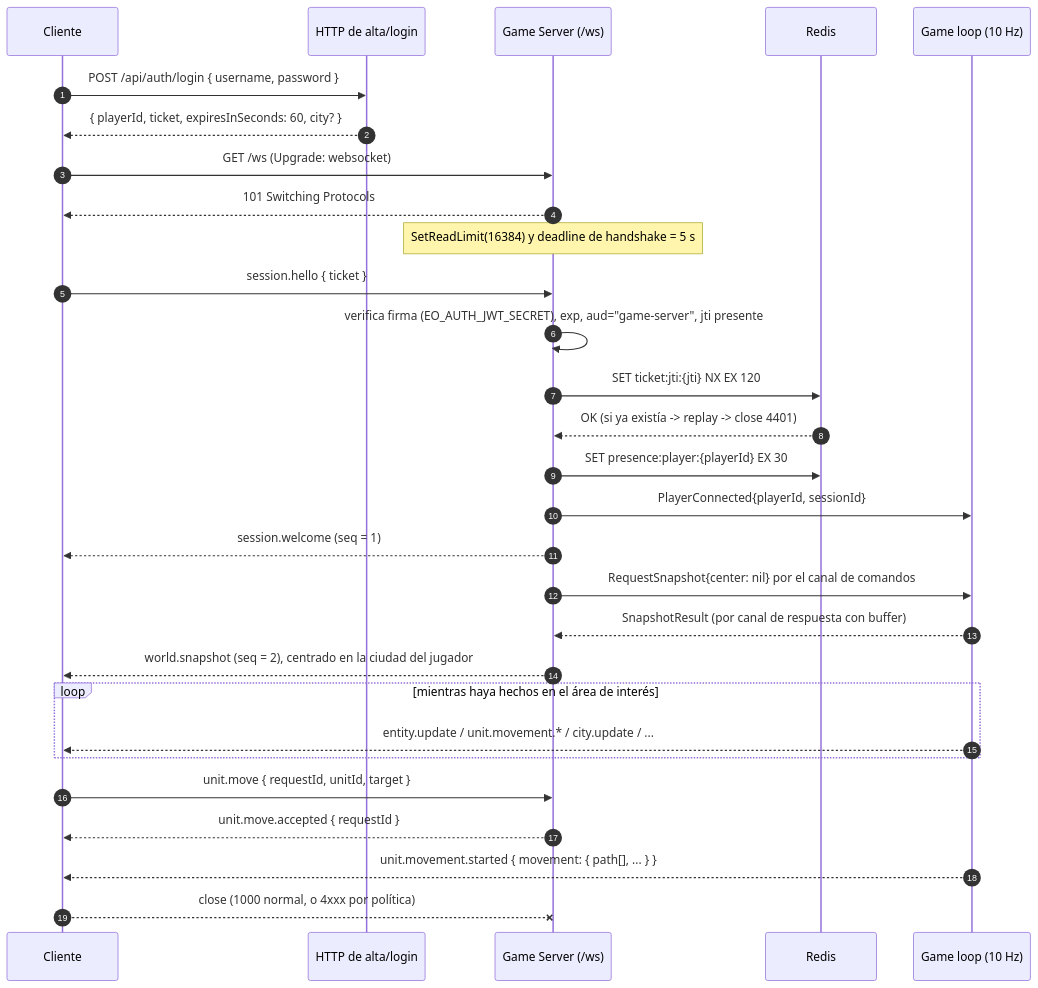
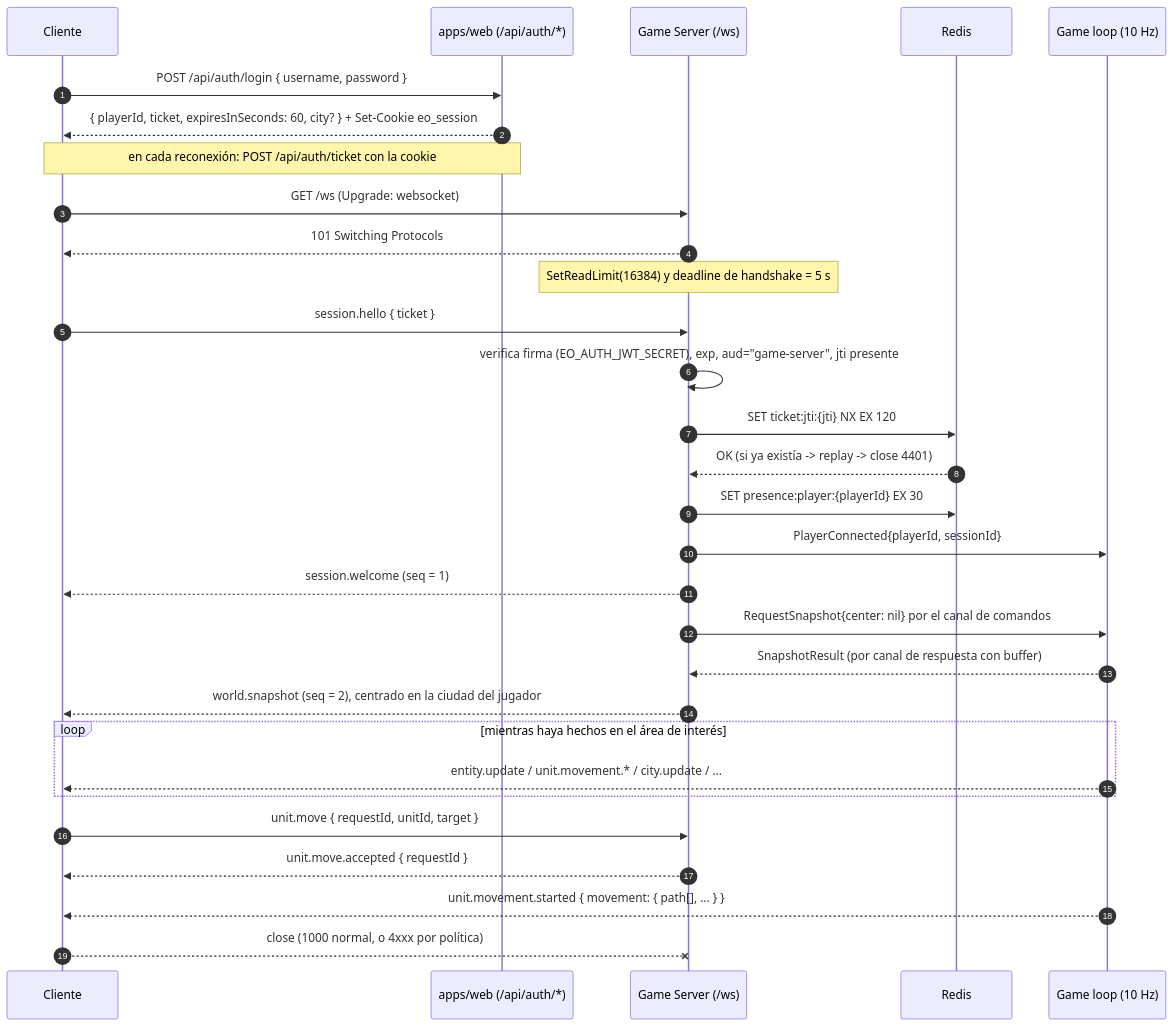
One commit to sonetlumiere-code/empires-online changed the diagram in docs/architecture/networking.md. Above: the diagram before and after it, drawn with Mermaid. The commit also changed other lines of this file and 104 other files, not shown here.

````diff
--- a/docs/architecture/networking.md
+++ b/docs/architecture/networking.md
@@ -58,32 +58,33 @@
 ```mermaid
 sequenceDiagram
     autonumber
     participant C as Cliente
-    participant A as HTTP de alta/login
+    participant A as apps/web (/api/auth/*)
     participant G as Game Server (/ws)
     participant R as Redis
     participant L as Game loop (10 Hz)
 
     C->>A: POST /api/auth/login { username, password }
-    A-->>C: { playerId, ticket, expiresInSeconds: 60, city? }
+    A-->>C: { playerId, ticket, expiresInSeconds: 60, city? } + Set-Cookie eo_session
+    Note over C,A: en cada reconexión: POST /api/auth/ticket con la cookie
     C->>G: GET /ws  (Upgrade: websocket)
     G-->>C: 101 Switching Protocols
     Note over G: SetReadLimit(16384) y deadline de handshake = 5 s
     C->>G: session.hello { ticket }
     G->>G: verifica firma (EO_AUTH_JWT_SECRET), exp, aud="game-server", jti presente
     G->>R: SET ticket:jti:{jti} NX EX 120
     R-->>G: OK  (si ya existía -> replay -> close 4401)
     G->>R: SET presence:player:{playerId} EX 30
     G->>L: PlayerConnected{playerId, sessionId}
     G-->>C: session.welcome  (seq = 1)
     G->>L: RequestSnapshot{center: nil} por el canal de comandos
     L-->>G: SnapshotResult (por canal de respuesta con buffer)
     G-->>C: world.snapshot  (seq = 2), centrado en la ciudad del jugador
     loop mientras haya hechos en el área de interés
         L-->>C: entity.update / unit.movement.* / city.update / ...
     end
     C->>G: unit.move { requestId, unitId, target }
     G-->>C: unit.move.accepted { requestId }
     L-->>C: unit.movement.started { movement: { path[], ... } }
     C--xG: close (1000 normal, o 4xxx por política)
 ```
````
